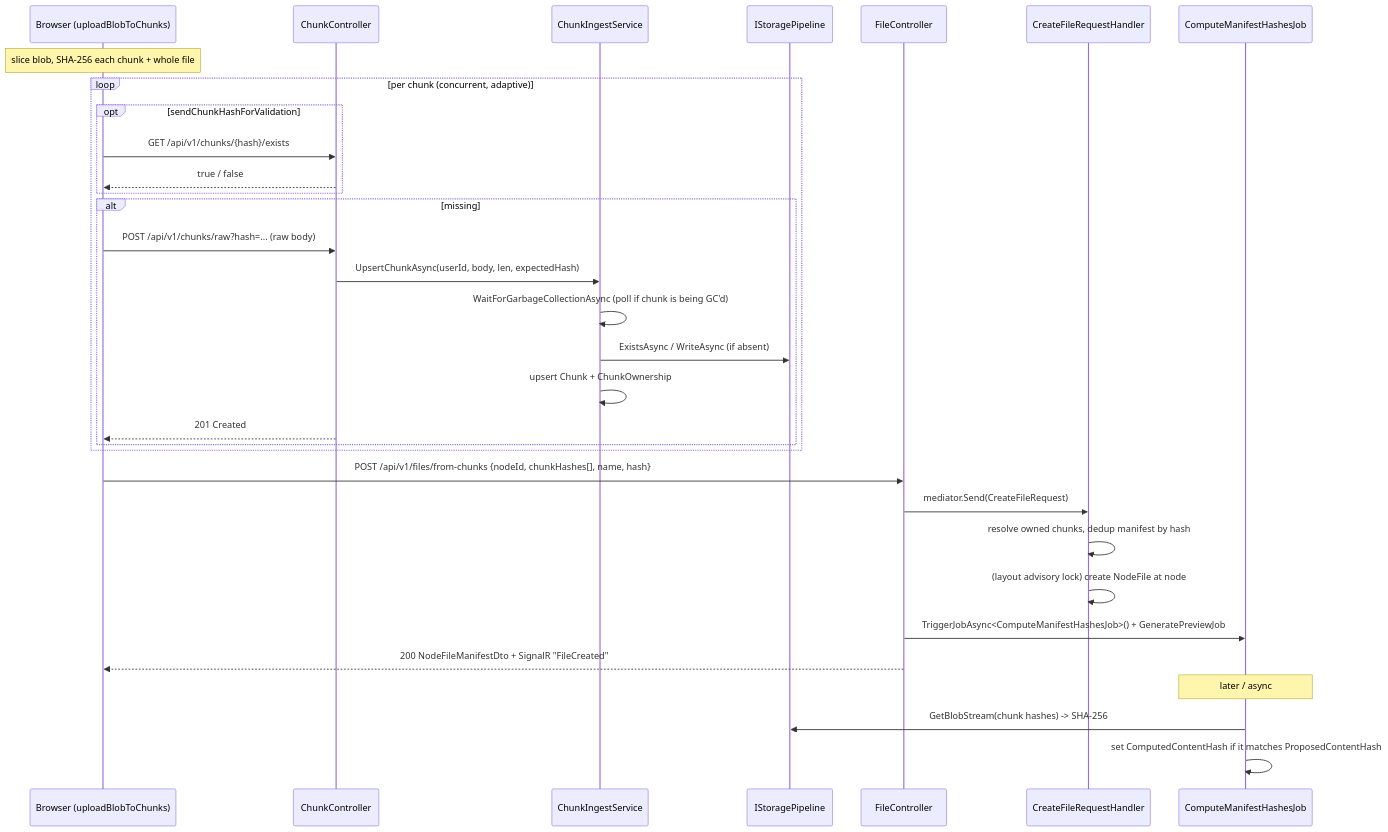
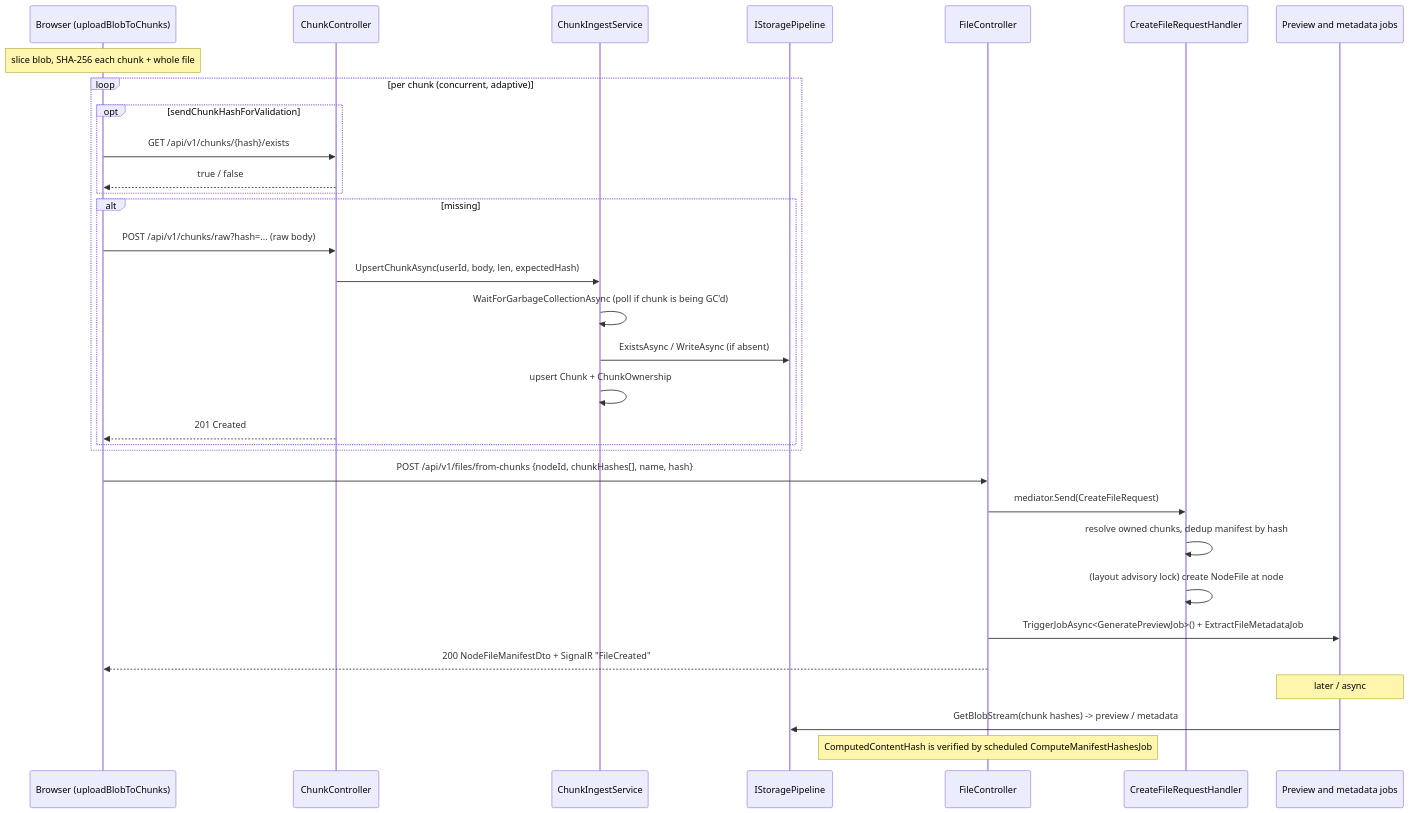
One commit to bvdcode/cotton changed the first of 4 diagrams in docs/technical/09-upload-file-lifecycle.md. Above: the diagram before and after it, drawn with Mermaid. The commit also changed other lines of this file and 9 other files, not shown here.

````diff
--- a/docs/technical/09-upload-file-lifecycle.md
+++ b/docs/technical/09-upload-file-lifecycle.md
@@ -14,35 +14,35 @@
 ```mermaid
 sequenceDiagram
     participant B as Browser (uploadBlobToChunks)
     participant CC as ChunkController
     participant CI as ChunkIngestService
     participant ST as IStoragePipeline
     participant FC as FileController
     participant H as CreateFileRequestHandler
-    participant J as ComputeManifestHashesJob
+    participant J as Preview and metadata jobs
 
     Note over B: slice blob, SHA-256 each chunk + whole file
     loop per chunk (concurrent, adaptive)
         opt sendChunkHashForValidation
             B->>CC: GET /api/v1/chunks/{hash}/exists
             CC-->>B: true / false
         end
         alt missing
             B->>CC: POST /api/v1/chunks/raw?hash=... (raw body)
             CC->>CI: UpsertChunkAsync(userId, body, len, expectedHash)
             CI->>CI: WaitForGarbageCollectionAsync (poll if chunk is being GC'd)
             CI->>ST: ExistsAsync / WriteAsync (if absent)
             CI->>CI: upsert Chunk + ChunkOwnership
             CC-->>B: 201 Created
         end
     end
     B->>FC: POST /api/v1/files/from-chunks {nodeId, chunkHashes[], name, hash}
     FC->>H: mediator.Send(CreateFileRequest)
     H->>H: resolve owned chunks, dedup manifest by hash
     H->>H: (layout advisory lock) create NodeFile at node
-    FC->>J: TriggerJobAsync<ComputeManifestHashesJob>() + GeneratePreviewJob
+    FC->>J: TriggerJobAsync<GeneratePreviewJob>() + ExtractFileMetadataJob
     FC-->>B: 200 NodeFileManifestDto + SignalR "FileCreated"
     Note over J: later / async
-    J->>ST: GetBlobStream(chunk hashes) -> SHA-256
-    J->>J: set ComputedContentHash if it matches ProposedContentHash
+    J->>ST: GetBlobStream(chunk hashes) -> preview / metadata
+    Note over FC: ComputedContentHash is verified by scheduled ComputeManifestHashesJob
 ```
````
